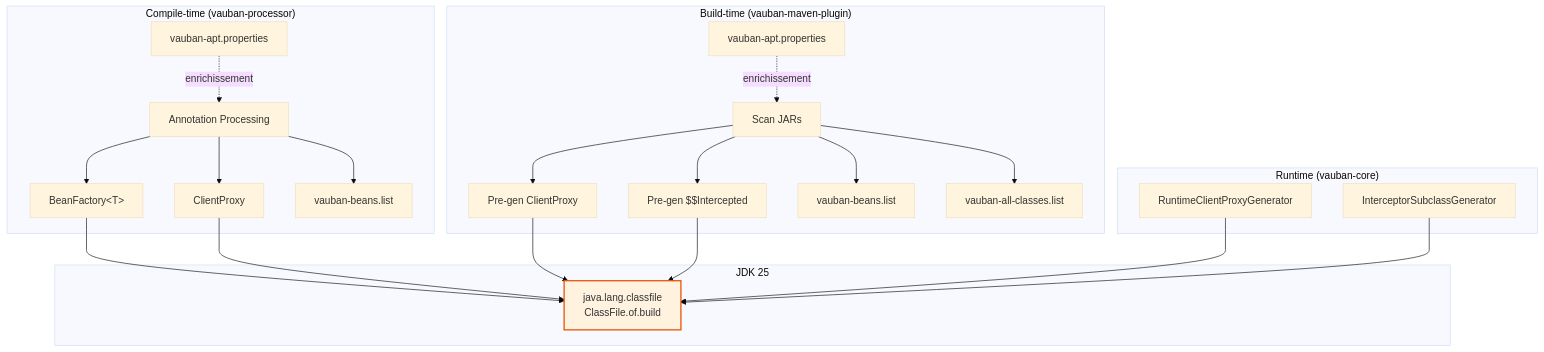
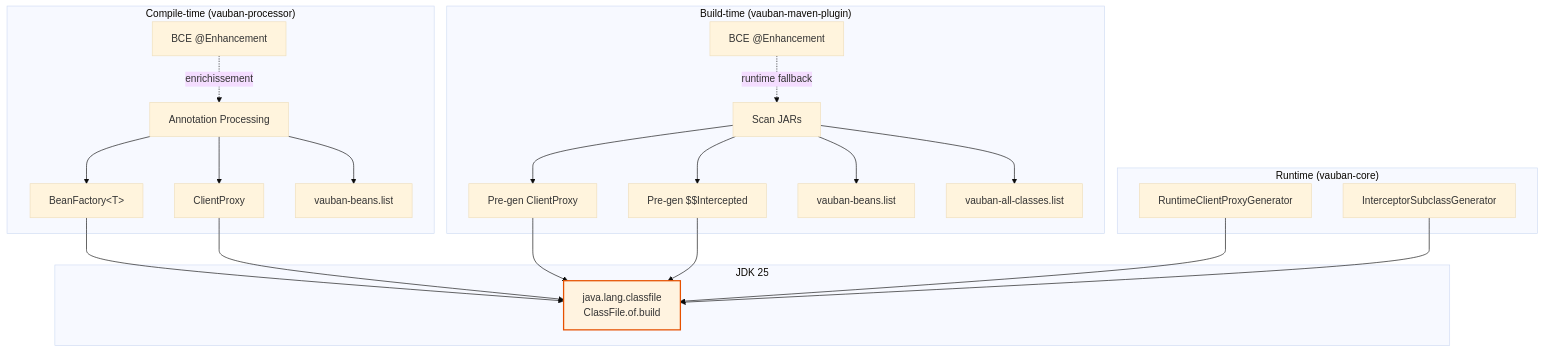
Diagram 11 of 11 in docs/architecture.md (vidocq-stack/vauban), drawn with Mermaid (base theme) before and after one commit. The commit also changed other lines of this file and 5 other files, not shown here.

First line of the commit message:
feat: replace vauban-apt.properties with BCE-derived triggers and runtime Enhancement

````diff
--- a/docs/architecture.md
+++ b/docs/architecture.md
@@ -429,35 +429,35 @@
 ```mermaid
 flowchart TD
     subgraph "Compile-time (vauban-processor)"
         APT[Annotation Processing] --> EF[BeanFactory&lt;T&gt;]
         APT --> CP[ClientProxy]
         APT --> LIST_APT[vauban-beans.list]
-        PROPS[vauban-apt.properties] -.->|enrichissement| APT
+        BCE_APT[BCE @Enhancement] -.->|enrichissement| APT
     end
 
     subgraph "Build-time (vauban-maven-plugin)"
         SCAN[Scan JARs] --> PRE_CP[Pre-gen ClientProxy]
         SCAN --> PRE_INT[Pre-gen $$Intercepted]
         SCAN --> LIST[vauban-beans.list]
         SCAN --> ALL[vauban-all-classes.list]
-        PROPS2[vauban-apt.properties] -.->|enrichissement| SCAN
+        BCE_RT[BCE @Enhancement] -.->|runtime fallback| SCAN
     end
 
     subgraph "Runtime (vauban-core)"
         RT_CP[RuntimeClientProxyGenerator]
         RT_INT[InterceptorSubclassGenerator]
     end
 
     subgraph "JDK 25"
         CF[java.lang.classfile<br/>ClassFile.of.build]
     end
 
     EF --> CF
     CP --> CF
     PRE_CP --> CF
     PRE_INT --> CF
     RT_CP --> CF
     RT_INT --> CF
 
     style CF fill:#fff3e0,stroke:#e65100,stroke-width:2px
 ```
````
